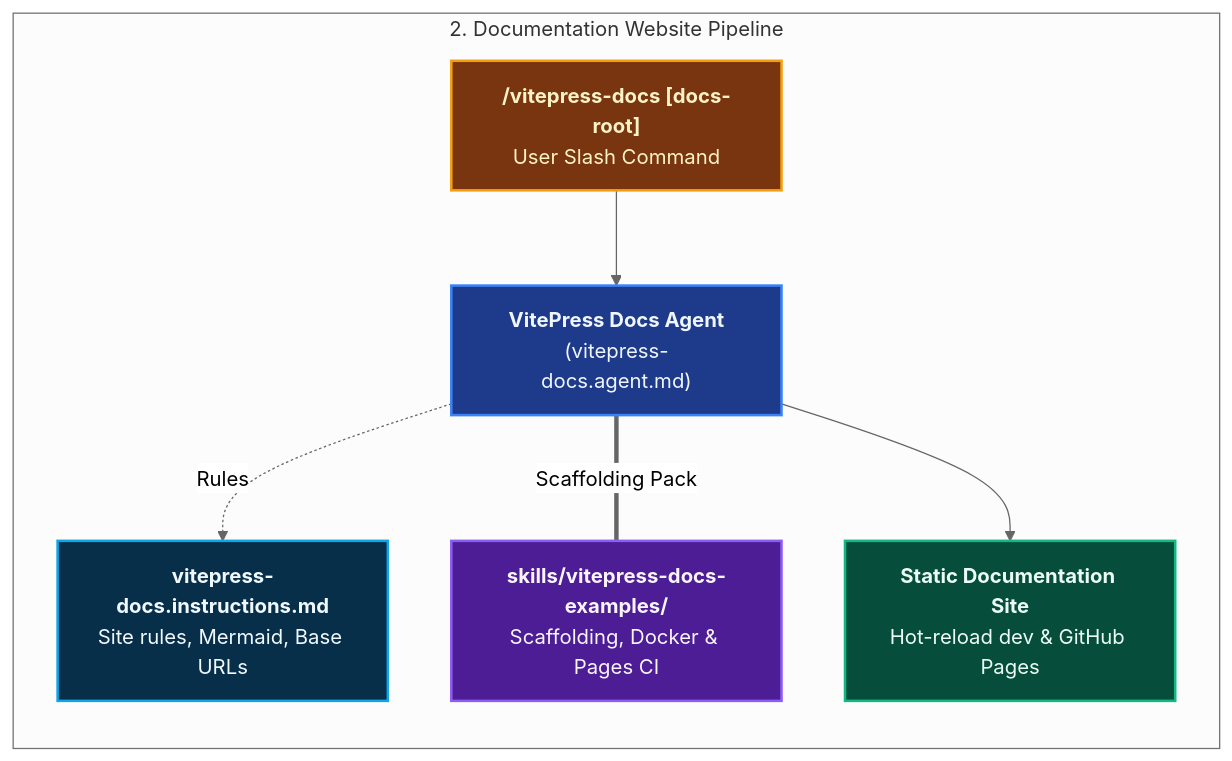
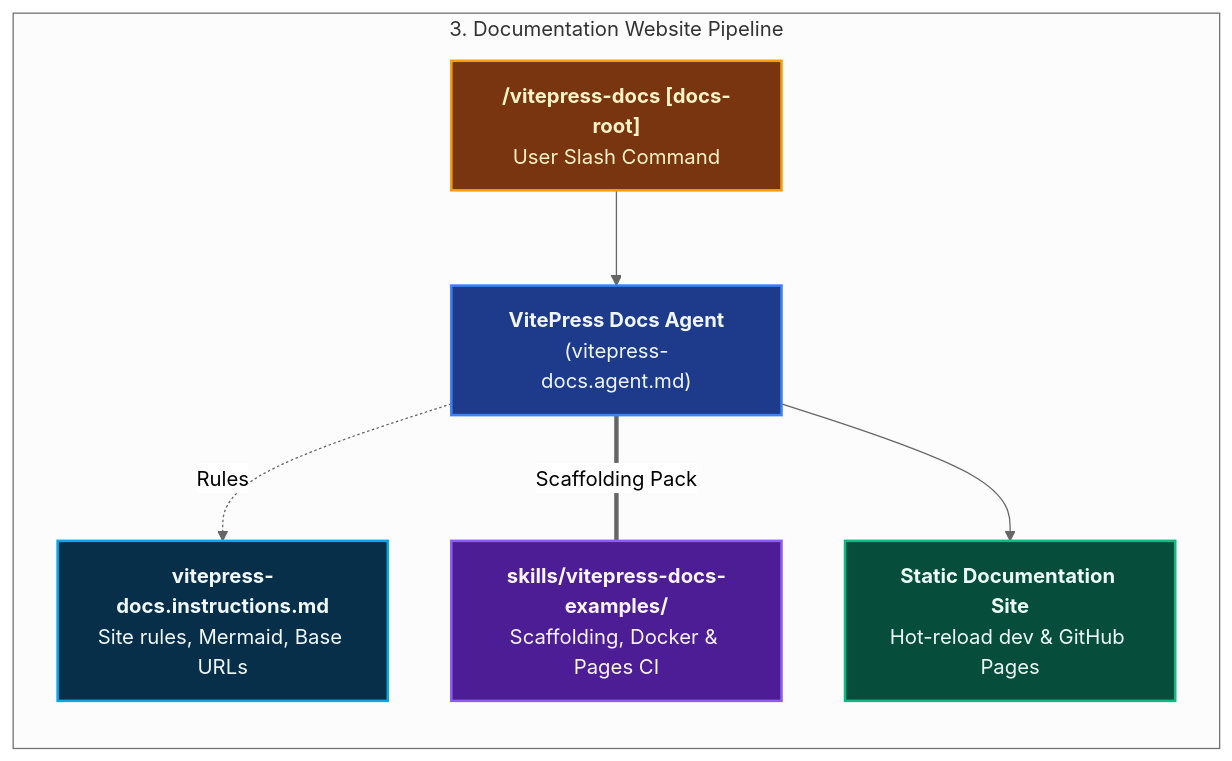
Before and after one commit to ALTEN-group/coding-pal: the third of 4 diagrams in website/docs/guide/domain-docs.md, drawn with Mermaid (neutral theme). The commit also changed other lines of this file and 23 other files, not shown here.

````diff
--- a/website/docs/guide/domain-docs.md
+++ b/website/docs/guide/domain-docs.md
@@ -40,31 +85,31 @@
 ```mermaid
 ---
 caption: Documentation Website Pipeline (vitepress-docs)
 ---
 flowchart TD
-    subgraph DocsTrack ["2. Documentation Website Pipeline"]
+    subgraph DocsTrack ["3. Documentation Website Pipeline"]
         direction TB
         P_DOCS["<b>/vitepress-docs [docs-root]</b><br/>User Slash Command"]
         AG_DOCS["<b>VitePress Docs Agent</b><br/>(vitepress-docs.agent.md)"]
         INST_DOCS["<b>vitepress-docs.instructions.md</b><br/>Site rules, Mermaid, Base URLs"]
         SKILL_DOCS["<b>skills/vitepress-docs-examples/</b><br/>Scaffolding, Docker & Pages CI"]
         SITE_OUT["<b>Static Documentation Site</b><br/>Hot-reload dev & GitHub Pages"]
 
         P_DOCS --> AG_DOCS
         AG_DOCS -.->|Rules| INST_DOCS
         AG_DOCS ===|Scaffolding Pack| SKILL_DOCS
         AG_DOCS --> SITE_OUT
     end
 
     classDef prompt fill:#78350f,stroke:#f59e0b,stroke-width:2px,color:#fef3c7;
     classDef agent fill:#1e3a8a,stroke:#3b82f6,stroke-width:2px,color:#eff6ff;
     classDef instruction fill:#082f49,stroke:#0ea5e9,stroke-width:2px,color:#f0f9ff;
     classDef skill fill:#4c1d95,stroke:#8b5cf6,stroke-width:2px,color:#faf5ff;
     classDef verify fill:#064e3b,stroke:#10b981,stroke-width:2px,color:#ecfdf5;
 
     class P_DOCS prompt;
     class AG_DOCS agent;
     class INST_DOCS instruction;
     class SKILL_DOCS skill;
     class SITE_OUT verify;
 ```
````
